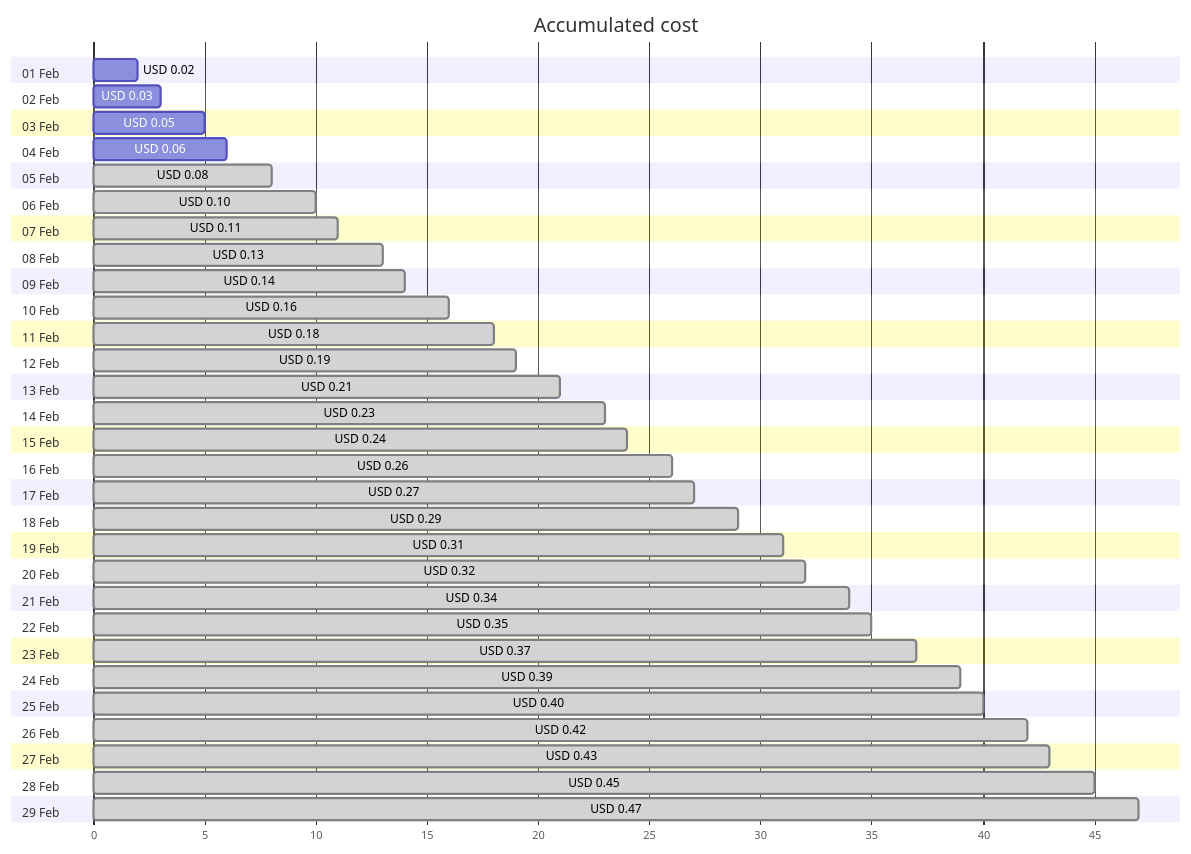
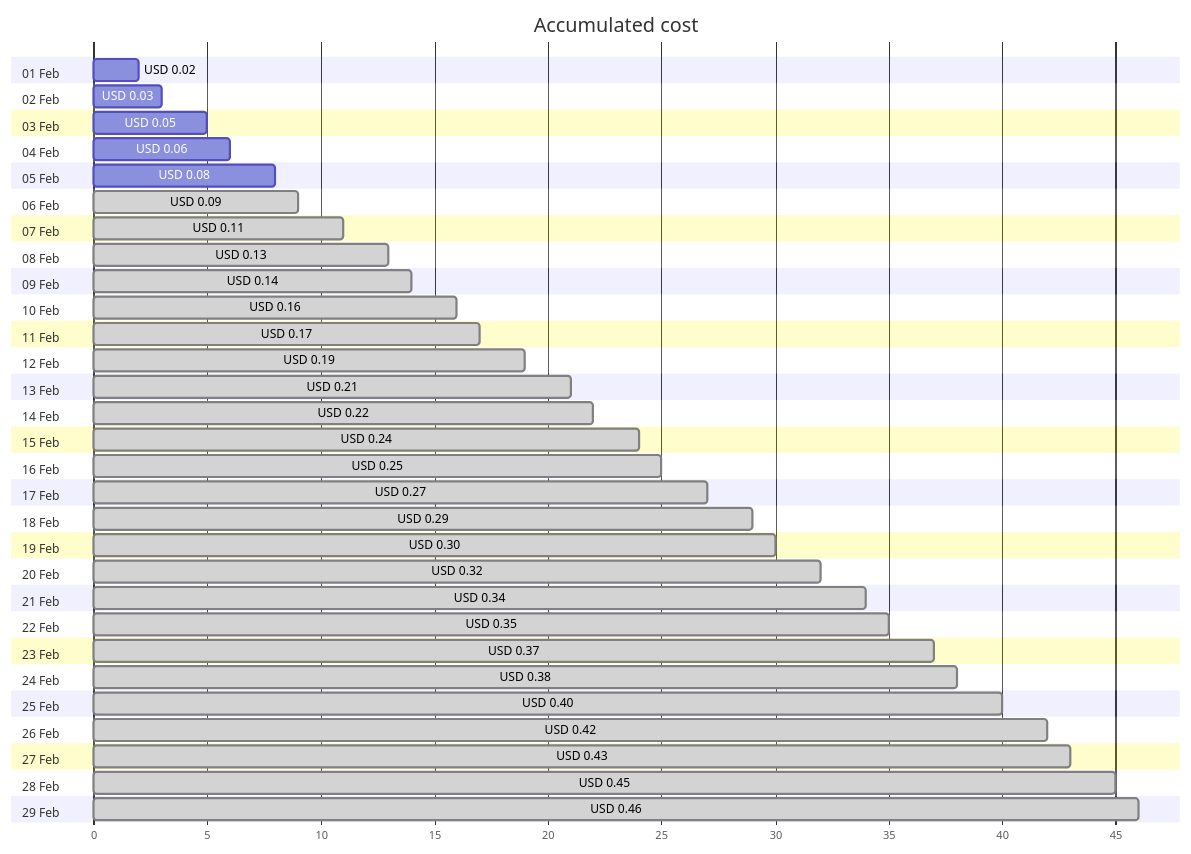
One commit to jpfulton/azure-personal-reports changed the first of 4 diagrams in cost-reports/personal-network/private.jpatrickfulton.com.md. Above: the diagram before and after it, drawn with Mermaid. The commit also changed other lines of this file and 8 other files, not shown here.

````diff
--- a/cost-reports/personal-network/private.jpatrickfulton.com.md
+++ b/cost-reports/personal-network/private.jpatrickfulton.com.md
@@ -20,64 +20,64 @@
 ```mermaid
 gantt
    title Accumulated cost
    dateFormat  X
    axisFormat %s
    section 01 Feb
    USD 0.02 :0, 2
    section 02 Feb
    USD 0.03 :0, 3
    section 03 Feb
    USD 0.05 :0, 5
    section 04 Feb
    USD 0.06 :0, 6
    section 05 Feb
-   USD 0.08 : done, 0, 8
+   USD 0.08 :0, 8
    section 06 Feb
-   USD 0.10 : done, 0, 10
+   USD 0.09 : done, 0, 9
    section 07 Feb
    USD 0.11 : done, 0, 11
    section 08 Feb
    USD 0.13 : done, 0, 13
    section 09 Feb
    USD 0.14 : done, 0, 14
    section 10 Feb
    USD 0.16 : done, 0, 16
    section 11 Feb
-   USD 0.18 : done, 0, 18
+   USD 0.17 : done, 0, 17
    section 12 Feb
    USD 0.19 : done, 0, 19
    section 13 Feb
    USD 0.21 : done, 0, 21
    section 14 Feb
-   USD 0.23 : done, 0, 23
+   USD 0.22 : done, 0, 22
    section 15 Feb
    USD 0.24 : done, 0, 24
    section 16 Feb
-   USD 0.26 : done, 0, 26
+   USD 0.25 : done, 0, 25
    section 17 Feb
    USD 0.27 : done, 0, 27
    section 18 Feb
    USD 0.29 : done, 0, 29
    section 19 Feb
-   USD 0.31 : done, 0, 31
+   USD 0.30 : done, 0, 30
    section 20 Feb
    USD 0.32 : done, 0, 32
    section 21 Feb
    USD 0.34 : done, 0, 34
    section 22 Feb
    USD 0.35 : done, 0, 35
    section 23 Feb
    USD 0.37 : done, 0, 37
    section 24 Feb
-   USD 0.39 : done, 0, 39
+   USD 0.38 : done, 0, 38
    section 25 Feb
    USD 0.40 : done, 0, 40
    section 26 Feb
    USD 0.42 : done, 0, 42
    section 27 Feb
    USD 0.43 : done, 0, 43
    section 28 Feb
    USD 0.45 : done, 0, 45
    section 29 Feb
-   USD 0.47 : done, 0, 47
+   USD 0.46 : done, 0, 46
 ```
````
